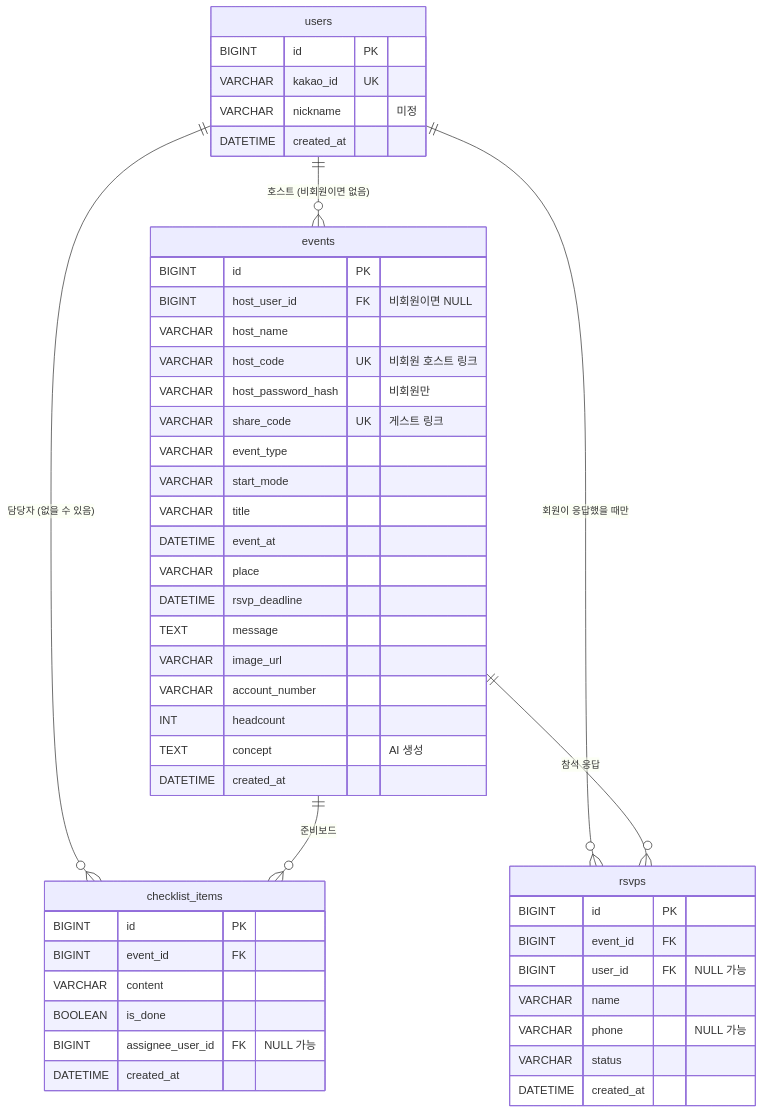
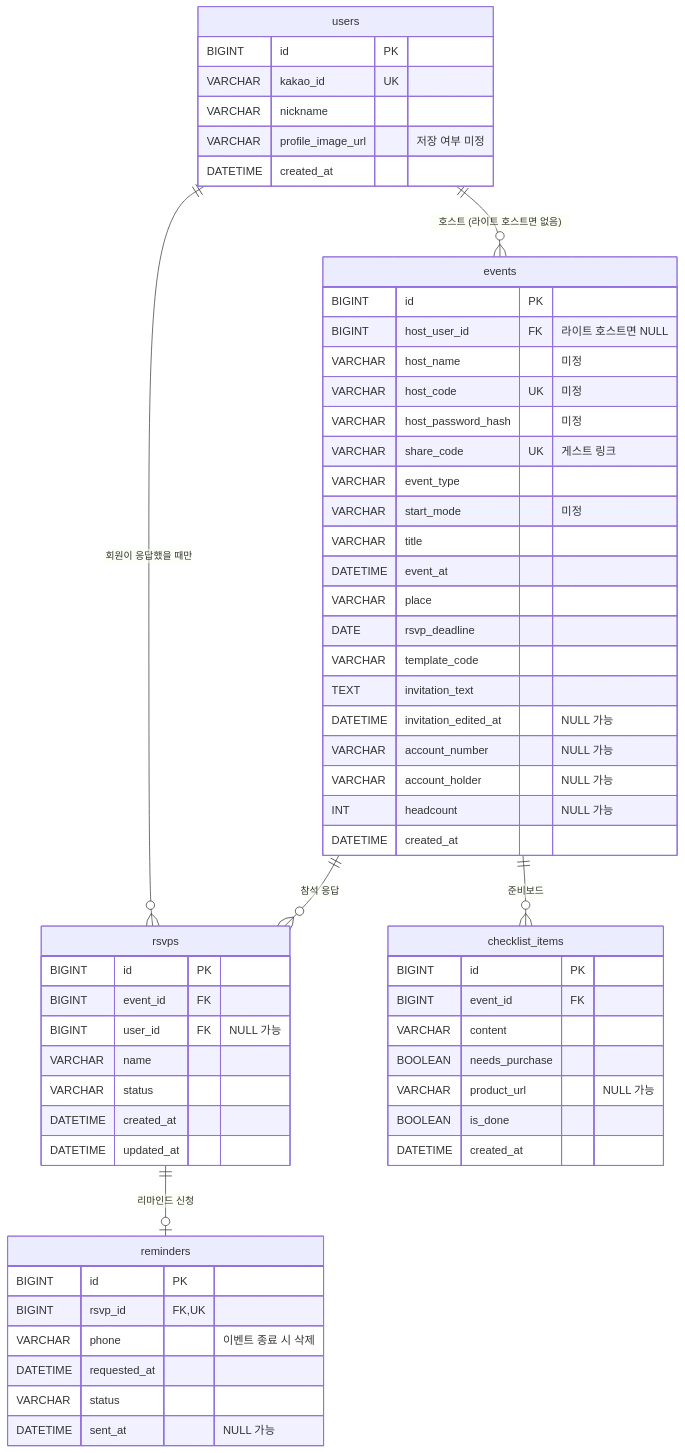
The diagram in docs/backend.md (SWYP-16-WEB/SWYP-INVITE-BE), drawn with Mermaid before and after one commit. The commit also changed other lines of this file, not shown here.

````diff
--- a/docs/backend.md
+++ b/docs/backend.md
@@ -154,52 +182,63 @@
 ```mermaid
 erDiagram
-    users ||--o{ events : "호스트 (비회원이면 없음)"
+    users ||--o{ events : "호스트 (라이트 호스트면 없음)"
     users ||--o{ rsvps : "회원이 응답했을 때만"
-    users ||--o{ checklist_items : "담당자 (없을 수 있음)"
     events ||--o{ checklist_items : "준비보드"
     events ||--o{ rsvps : "참석 응답"
+    rsvps ||--o| reminders : "리마인드 신청"
 
     users {
         BIGINT id PK
         VARCHAR kakao_id UK
-        VARCHAR nickname "미정"
+        VARCHAR nickname
+        VARCHAR profile_image_url "저장 여부 미정"
         DATETIME created_at
     }
     events {
         BIGINT id PK
-        BIGINT host_user_id FK "비회원이면 NULL"
-        VARCHAR host_name
-        VARCHAR host_code UK "비회원 호스트 링크"
-        VARCHAR host_password_hash "비회원만"
+        BIGINT host_user_id FK "라이트 호스트면 NULL"
+        VARCHAR host_name "미정"
+        VARCHAR host_code UK "미정"
+        VARCHAR host_password_hash "미정"
         VARCHAR share_code UK "게스트 링크"
         VARCHAR event_type
-        VARCHAR start_mode
+        VARCHAR start_mode "미정"
         VARCHAR title
         DATETIME event_at
         VARCHAR place
-        DATETIME rsvp_deadline
-        TEXT message
-        VARCHAR image_url
-        VARCHAR account_number
-        INT headcount
-        TEXT concept "AI 생성"
+        DATE rsvp_deadline
+        VARCHAR template_code
+        TEXT invitation_text
+        DATETIME invitation_edited_at "NULL 가능"
+        VARCHAR account_number "NULL 가능"
+        VARCHAR account_holder "NULL 가능"
+        INT headcount "NULL 가능"
         DATETIME created_at
     }
     checklist_items {
         BIGINT id PK
         BIGINT event_id FK
         VARCHAR content
+        BOOLEAN needs_purchase
+        VARCHAR product_url "NULL 가능"
         BOOLEAN is_done
-        BIGINT assignee_user_id FK "NULL 가능"
         DATETIME created_at
     }
     rsvps {
         BIGINT id PK
         BIGINT event_id FK
         BIGINT user_id FK "NULL 가능"
         VARCHAR name
-        VARCHAR phone "NULL 가능"
         VARCHAR status
         DATETIME created_at
+        DATETIME updated_at
+    }
+    reminders {
+        BIGINT id PK
+        BIGINT rsvp_id FK, UK
+        VARCHAR phone "이벤트 종료 시 삭제"
+        DATETIME requested_at
+        VARCHAR status
+        DATETIME sent_at "NULL 가능"
     }
 ```
````
